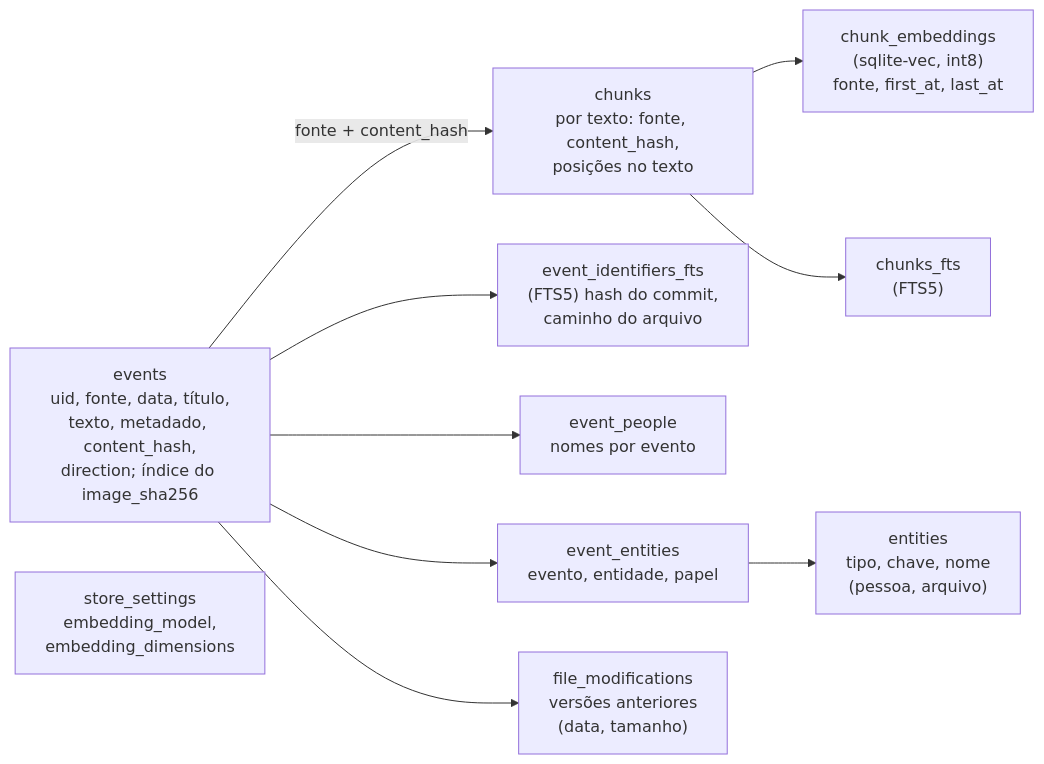
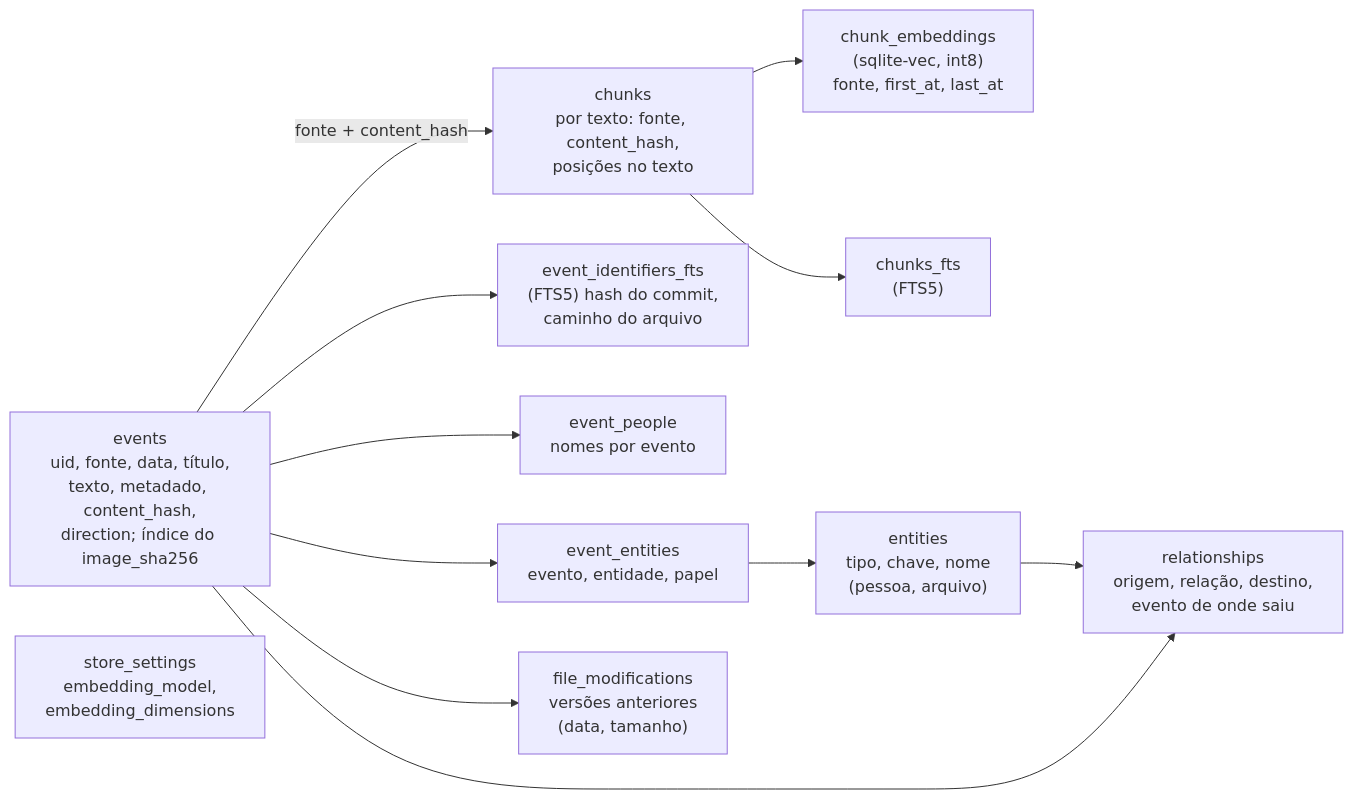
Diagram 12 of 12 in docs/ARCHITECTURE.md (Chipskein/cade), drawn with Mermaid before and after one commit. The commit also changed other lines of this file and 9 other files, not shown here.

````diff
--- a/docs/ARCHITECTURE.md
+++ b/docs/ARCHITECTURE.md
@@ -493,21 +493,24 @@
 ```mermaid
 flowchart LR
     events["events<br/>uid, fonte, data, título,<br/>texto, metadado, content_hash,<br/>direction; índice do image_sha256"]
     chunks["chunks<br/>por texto: fonte, content_hash,<br/>posições no texto"]
     vec["chunk_embeddings<br/>(sqlite-vec, int8)<br/>fonte, first_at, last_at"]
     fts["chunks_fts<br/>(FTS5)"]
     ids["event_identifiers_fts<br/>(FTS5) hash do commit,<br/>caminho do arquivo"]
     people["event_people<br/>nomes por evento"]
     entities["entities<br/>tipo, chave, nome<br/>(pessoa, arquivo)"]
     links["event_entities<br/>evento, entidade, papel"]
+    relations["relationships<br/>origem, relação, destino,<br/>evento de onde saiu"]
     files["file_modifications<br/>versões anteriores<br/>(data, tamanho)"]
     settings["store_settings<br/>embedding_model,<br/>embedding_dimensions"]
 
     events -->|"fonte + content_hash"| chunks
     chunks --> vec
     chunks --> fts
     events --> ids
     events --> people
     events --> files
     events --> links --> entities
+    entities --> relations
+    events --> relations
 ```
````
